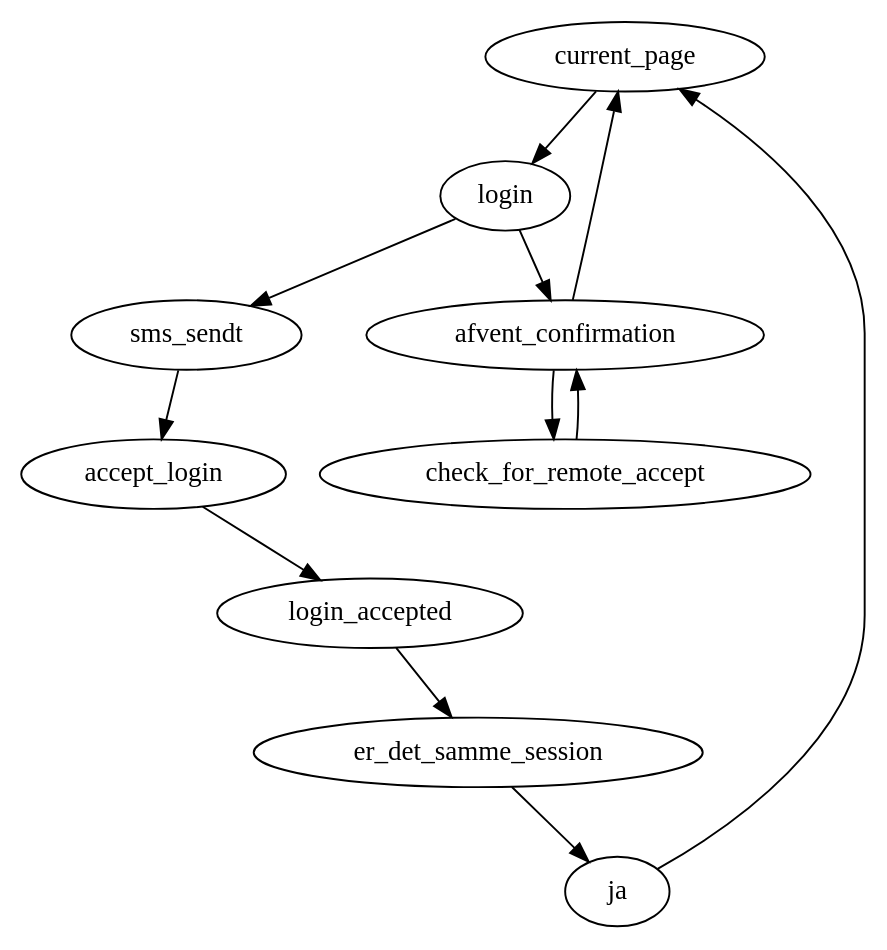
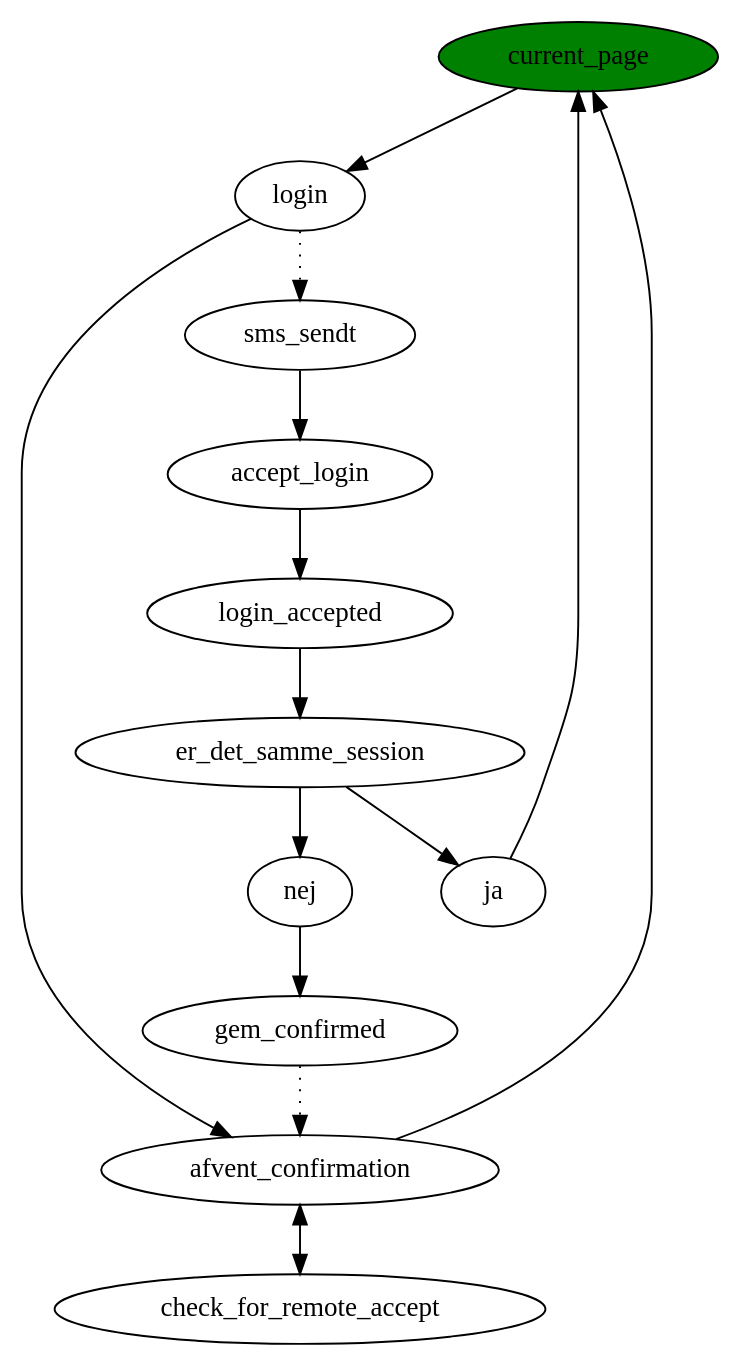
Before and after one commit to alslug/alslug.dk: the diagram in projekter/sms-login.dot, drawn with Graphviz.

```diff
--- a/projekter/sms-login.dot
+++ b/projekter/sms-login.dot
@@ -1,6 +1,24 @@
 digraph xxx {
-  current_page -> login -> {sms_sendt,afvent_confirmation};
-  afvent_confirmation -> check_for_remote_accept -> afvent_confirmation -> current_page;
-  
-  sms_sendt -> accept_login -> login_accepted-> er_det_samme_session -> ja -> current_page;
+  current_page [ style=filled fillcolor=green ];
+  current_page ->
+        login ->
+              afvent_confirmation ->
+                    current_page;
+/////////////////////////////////////////////////////////////////////////////////////
+        login -> sms_sendt [ style= dotted ];                                   /////
+              afvent_confirmation -> check_for_remote_accept [ dir=both ];      /////
+/////////////////////////////////////////////////////////////////////////////////////
+  sms_sendt ->
+        accept_login ->
+              login_accepted->
+                    er_det_samme_session;
+                    er_det_samme_session -> {ja,nej};
+                          ja ->
+                                current_page;
+                          nej ->
+                                gem_confirmed;
+/////////////////////////////////////////////////////////////////////////////////////
+                                gem_confirmed ->                                /////
+                                      afvent_confirmation [ style=dotted ];     /////
+/////////////////////////////////////////////////////////////////////////////////////
 }
```
